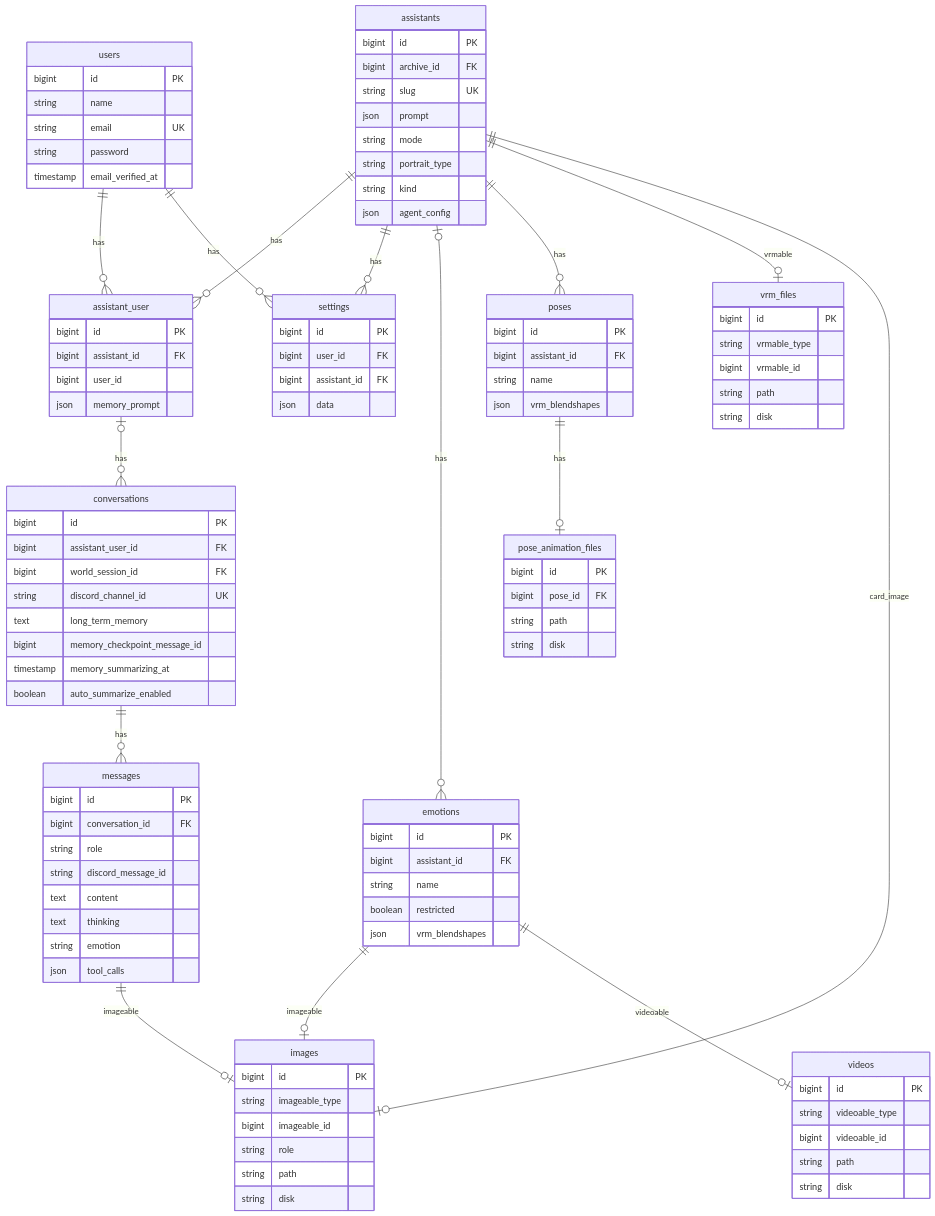
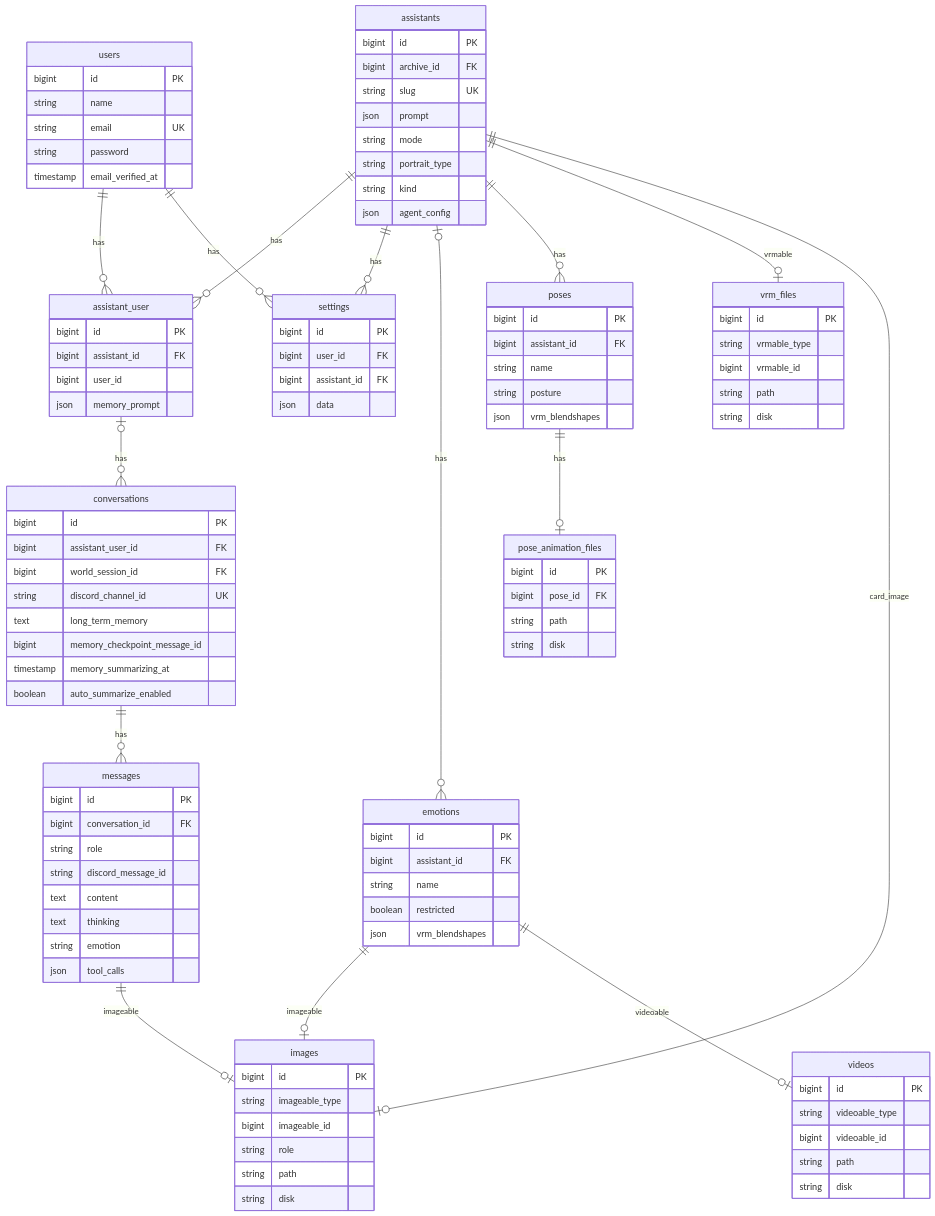
Before and after one commit to gaboeremita/laravel-vera: the second of 5 diagrams in docs/architecture/03-data-model.md, drawn with Mermaid. The commit also changed other lines of this file and 37 other files, not shown here.

```diff
--- a/docs/architecture/03-data-model.md
+++ b/docs/architecture/03-data-model.md
@@ -92,6 +96,7 @@
         bigint id PK
         bigint assistant_id FK
         string name
+        string posture
         json vrm_blendshapes
     }
     pose_animation_files {
```
